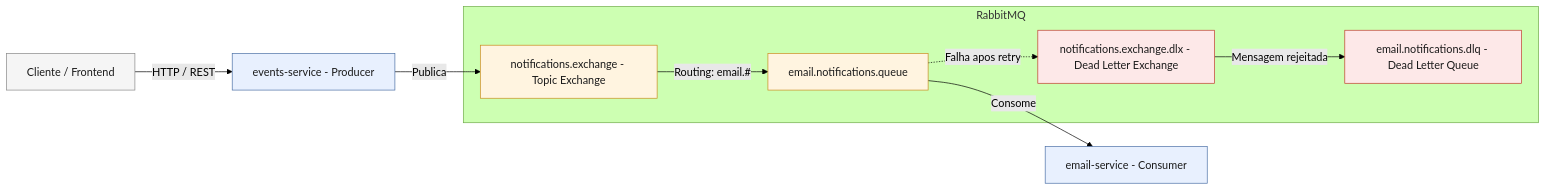
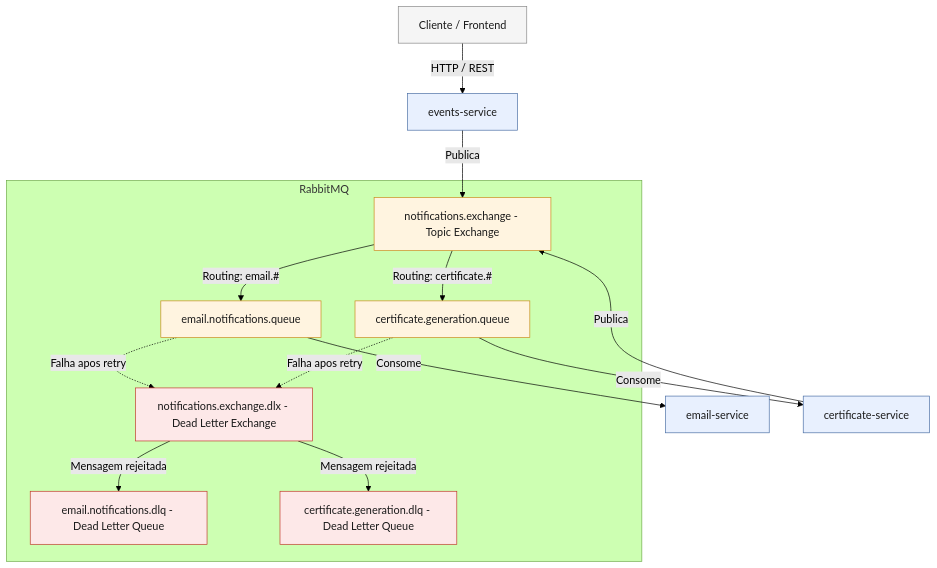
Before and after one commit to anatroiano/event-platform: the diagram in README.md, drawn with Mermaid (forest theme). The commit also changed other lines of this file, not shown here.

Commit message:
📝 docs: add certificate-service to README

````diff
--- a/README.md
+++ b/README.md
@@ -50,31 +57,45 @@
 ```mermaid
-graph LR
+graph TB
     Client["Cliente / Frontend"]
-    Producer["events-service - Producer"]
+    EventsService["events-service"]
+
+    Client -->|" HTTP / REST "| EventsService
 
     subgraph Rabbit["RabbitMQ"]
         Exchange["notifications.exchange - Topic Exchange"]
-        Queue["email.notifications.queue"]
+        EmailQueue["email.notifications.queue"]
+        CertQueue["certificate.generation.queue"]
         DLX["notifications.exchange.dlx - Dead Letter Exchange"]
-        DLQ["email.notifications.dlq - Dead Letter Queue"]
+        EmailDLQ["email.notifications.dlq - Dead Letter Queue"]
+        CertDLQ["certificate.generation.dlq - Dead Letter Queue"]
     end
 
-    Consumer["email-service - Consumer"]
-    Client -->|" HTTP / REST "| Producer
-    Producer -->|" Publica "| Exchange
-    Exchange -->|" Routing: email.# "| Queue
-    Queue -->|" Consome "| Consumer
-    Queue -.->|" Falha apos retry "| DLX
-    DLX -->|" Mensagem rejeitada "| DLQ
+    EmailService["email-service"]
+    CertService["certificate-service"]
+
+    EventsService -->|" Publica "| Exchange
+    Exchange -->|" Routing: email.# "| EmailQueue
+    Exchange -->|" Routing: certificate.# "| CertQueue
+    EmailQueue -->|" Consome "| EmailService
+    CertQueue -->|" Consome "| CertService
+    CertService -->|" Publica "| Exchange
+    EmailQueue -.->|" Falha apos retry "| DLX
+    CertQueue -.->|" Falha apos retry "| DLX
+    DLX -->|" Mensagem rejeitada "| EmailDLQ
+    DLX -->|" Mensagem rejeitada "| CertDLQ
+
     classDef client fill: #f5f5f5, stroke: #888, color: #1a1a1a
     classDef service fill: #e8f0fe, stroke: #4a6fa5, color: #1a1a1a
     classDef broker fill: #fff4e0, stroke: #c98a1b, color: #1a1a1a
     classDef dead fill: #fde8e8, stroke: #c0392b, color: #1a1a1a
     class Client client
-    class Producer service
-    class Consumer service
+    class EventsService service
+    class EmailService service
+    class CertService service
     class Exchange broker
-    class Queue broker
+    class EmailQueue broker
+    class CertQueue broker
     class DLX dead
-    class DLQ dead
+    class EmailDLQ dead
+    class CertDLQ dead
 ```
````
